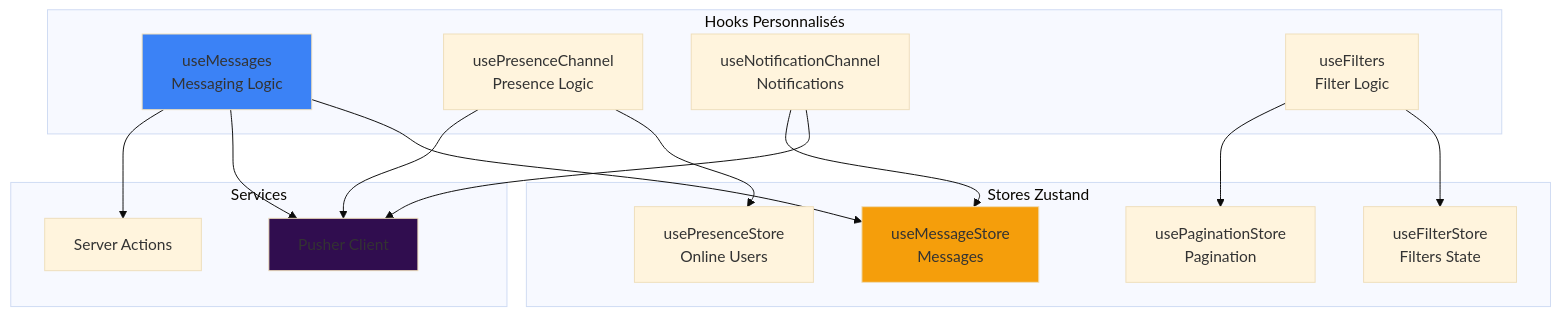
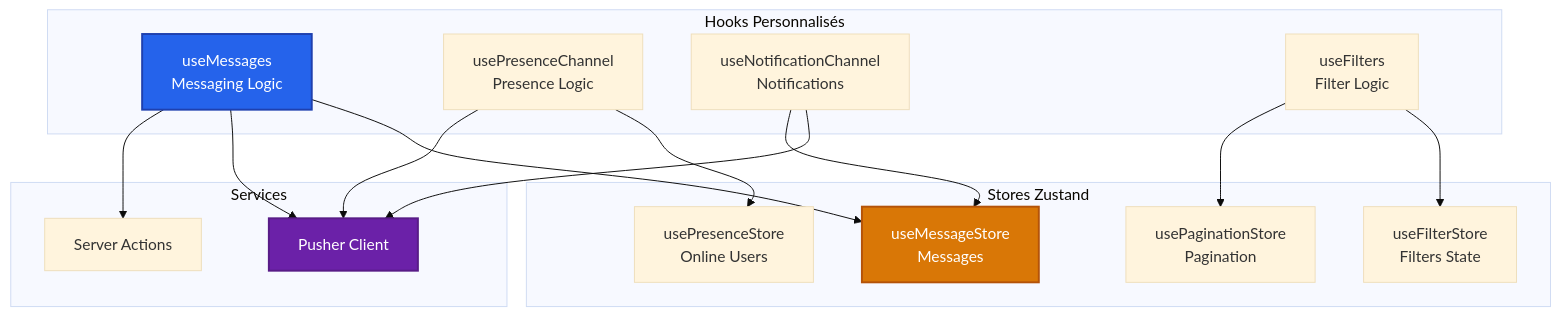
Before and after one commit to inskillflow/next-auth-demo-2-match: diagram 21 of 32 in documentation/16-diagrammes-architecture.md, drawn with Mermaid (base theme). The commit also changed other lines of this file, not shown here.

````diff
--- a/documentation/16-diagrammes-architecture.md
+++ b/documentation/16-diagrammes-architecture.md
@@ -915,38 +915,38 @@
 ```mermaid
 graph TD
     subgraph "Stores Zustand"
         MessageStore[useMessageStore<br/>Messages]
         PresenceStore[usePresenceStore<br/>Online Users]
         FilterStore[useFilterStore<br/>Filters State]
         PaginationStore[usePaginationStore<br/>Pagination]
     end
     
     subgraph "Hooks Personnalisés"
         UseMessages[useMessages<br/>Messaging Logic]
         UsePresence[usePresenceChannel<br/>Presence Logic]
         UseNotif[useNotificationChannel<br/>Notifications]
         UseFilters[useFilters<br/>Filter Logic]
     end
     
     subgraph "Services"
         Pusher[Pusher Client]
         ServerActions[Server Actions]
     end
     
     UseMessages --> MessageStore
     UseMessages --> Pusher
     UseMessages --> ServerActions
     
     UsePresence --> PresenceStore
     UsePresence --> Pusher
     
     UseNotif --> Pusher
     UseNotif --> MessageStore
     
     UseFilters --> FilterStore
     UseFilters --> PaginationStore
     
-    style MessageStore fill:#f59e0b
-    style UseMessages fill:#3b82f6
-    style Pusher fill:#300d4f
+    style MessageStore fill:#d97706,stroke:#b45309,stroke-width:2px,color:#fff
+    style UseMessages fill:#2563eb,stroke:#1e40af,stroke-width:2px,color:#fff
+    style Pusher fill:#6b21a8,stroke:#581c87,stroke-width:2px,color:#fff
 ```
````
